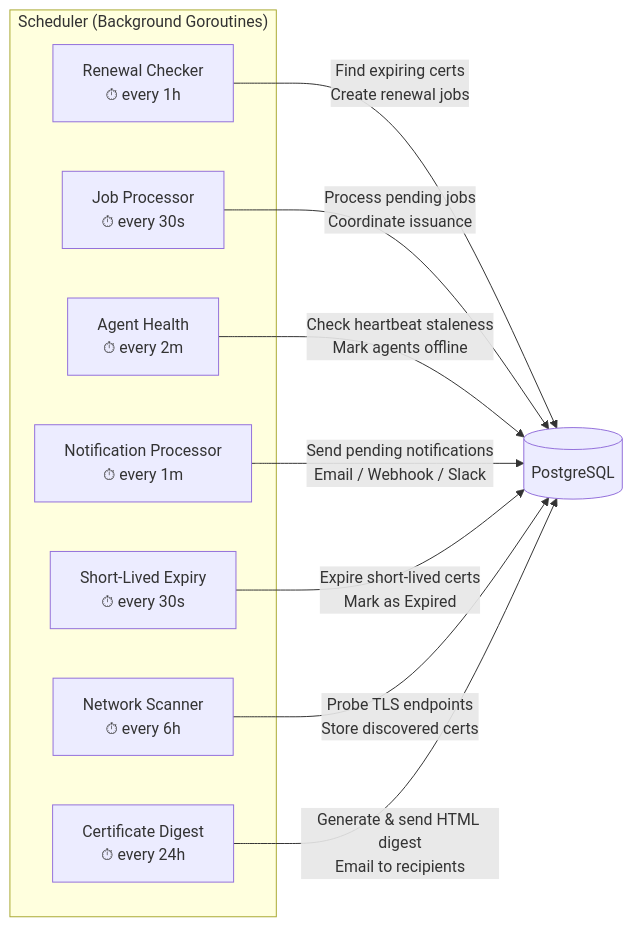
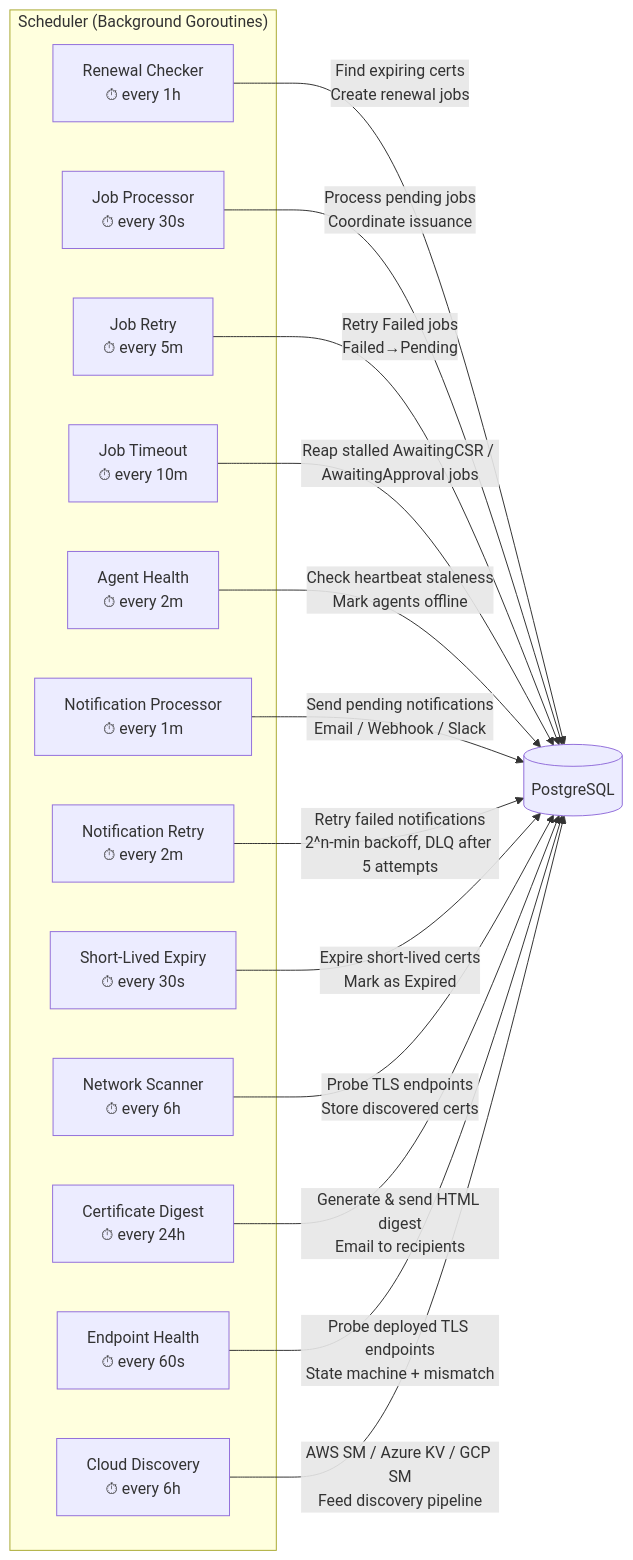
One commit to certctl-io/certctl changed the seventh of 14 diagrams in docs/architecture.md. Above: the diagram before and after it, drawn with Mermaid. The commit also changed other lines of this file and 32 other files, not shown here.

First line of the commit message:
I-005: notification retry loop + dead-letter queue

````diff
--- a/docs/architecture.md
+++ b/docs/architecture.md
@@ -488,20 +491,30 @@
 ```mermaid
 flowchart LR
     subgraph "Scheduler (Background Goroutines)"
         R["Renewal Checker\n⏱ every 1h"]
         J["Job Processor\n⏱ every 30s"]
+        JR["Job Retry\n⏱ every 5m"]
+        JT["Job Timeout\n⏱ every 10m"]
         H["Agent Health\n⏱ every 2m"]
         N["Notification Processor\n⏱ every 1m"]
+        NR["Notification Retry\n⏱ every 2m"]
         SL["Short-Lived Expiry\n⏱ every 30s"]
         NS["Network Scanner\n⏱ every 6h"]
         DG["Certificate Digest\n⏱ every 24h"]
+        HC["Endpoint Health\n⏱ every 60s"]
+        CD["Cloud Discovery\n⏱ every 6h"]
     end
 
     R -->|"Find expiring certs\nCreate renewal jobs"| DB[("PostgreSQL")]
     J -->|"Process pending jobs\nCoordinate issuance"| DB
+    JR -->|"Retry Failed jobs\nFailed→Pending"| DB
+    JT -->|"Reap stalled AwaitingCSR / AwaitingApproval jobs"| DB
     H -->|"Check heartbeat staleness\nMark agents offline"| DB
     N -->|"Send pending notifications\nEmail / Webhook / Slack"| DB
+    NR -->|"Retry failed notifications\n2^n-min backoff, DLQ after 5 attempts"| DB
     SL -->|"Expire short-lived certs\nMark as Expired"| DB
     NS -->|"Probe TLS endpoints\nStore discovered certs"| DB
     DG -->|"Generate & send HTML digest\nEmail to recipients"| DB
+    HC -->|"Probe deployed TLS endpoints\nState machine + mismatch"| DB
+    CD -->|"AWS SM / Azure KV / GCP SM\nFeed discovery pipeline"| DB
 ```
````
